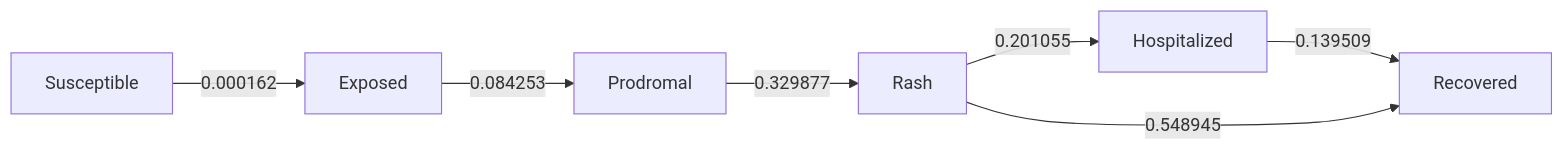
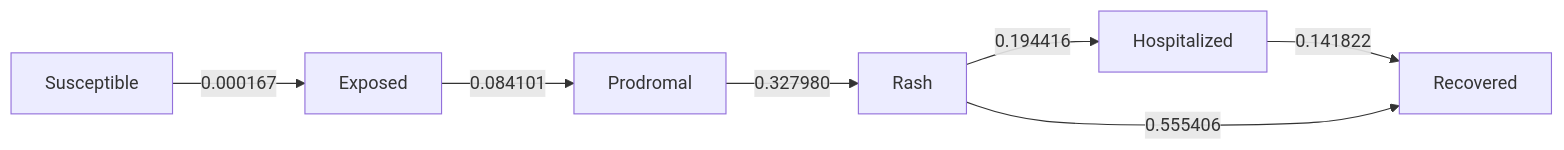
Before and after one commit to EpiForeSITE/epiworld-measles: the diagram in scenarios/new_bridge_88/README.md, drawn with Mermaid. The commit also changed other lines of this file and 41 other files, not shown here.

````diff
--- a/scenarios/new_bridge_88/README.md
+++ b/scenarios/new_bridge_88/README.md
@@ -136,16 +103,16 @@
 ``` mermaid
 flowchart LR
     s0[Exposed]
     s1[Hospitalized]
     s2[Prodromal]
     s3[Rash]
     s4[Recovered]
     s5[Susceptible]
-    s0 -->|0.084253| s2
-    s1 -->|0.139509| s4
-    s2 -->|0.329877| s3
-    s3 -->|0.201055| s1
-    s3 -->|0.548945| s4
-    s5 -->|0.000162| s0
+    s0 -->|0.084101| s2
+    s1 -->|0.141822| s4
+    s2 -->|0.327980| s3
+    s3 -->|0.194416| s1
+    s3 -->|0.555406| s4
+    s5 -->|0.000167| s0
 
 ```
````
